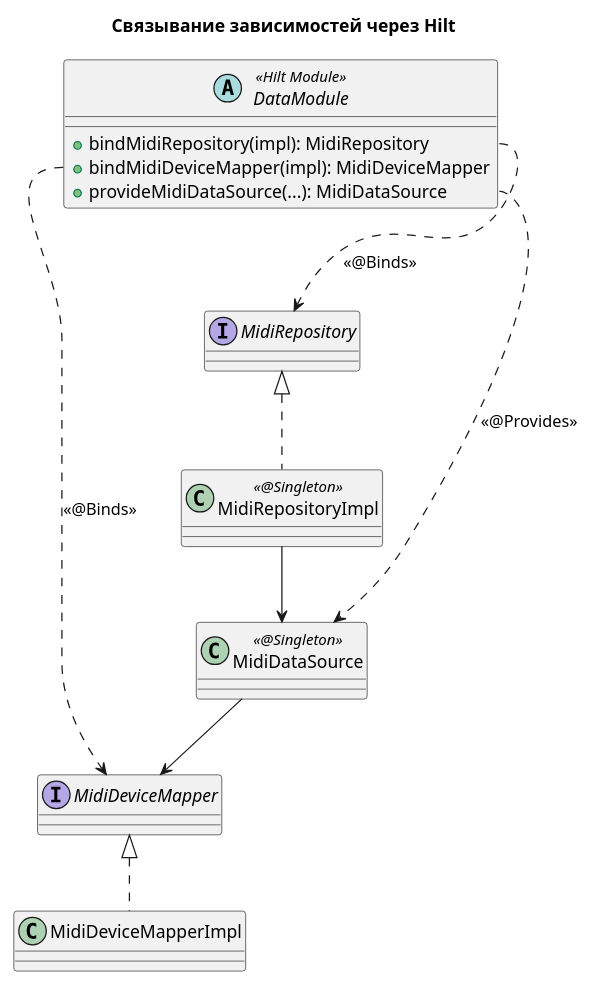
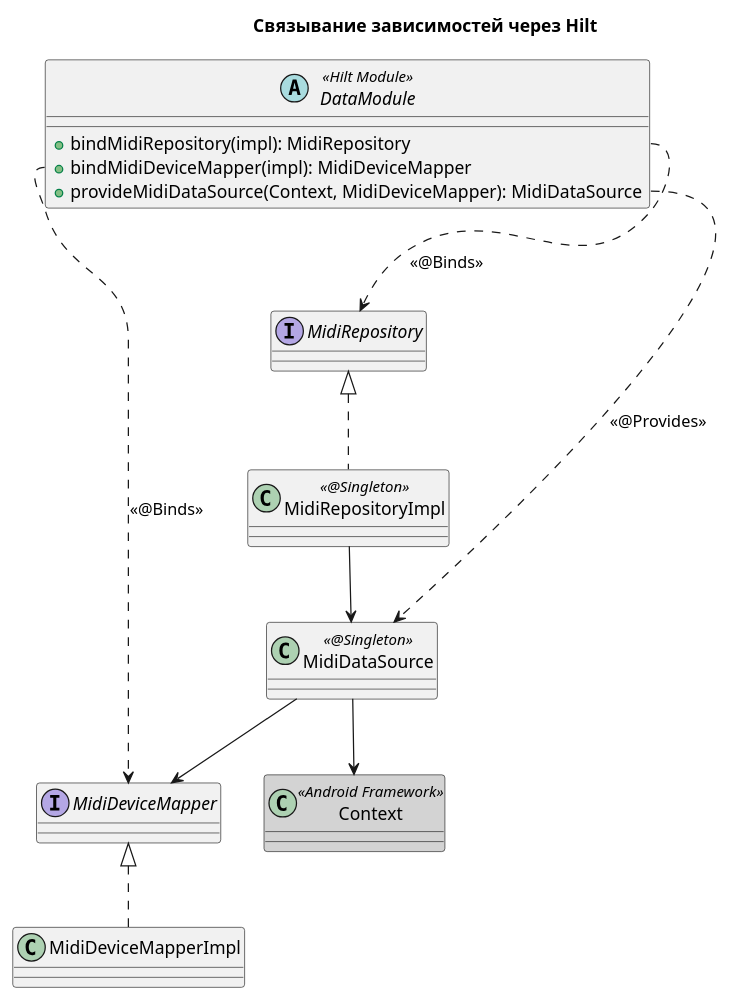
One commit to astrizhachuk/PianoFlow changed the second of 3 diagrams in docs/ts/MIDI_CONNECTION.md. Above: the diagram before and after it, drawn with PlantUML. The commit also changed other lines of this file, not shown here.

Commit message:
docs: обновить диаграммы и описание `MidiDataSource`

````diff
--- a/docs/ts/MIDI_CONNECTION.md
+++ b/docs/ts/MIDI_CONNECTION.md
@@ -135,31 +138,33 @@
 ```plantuml
 @startuml
 title Связывание зависимостей через Hilt
 
+class Context <<Android Framework>> #LightGrey
 interface MidiRepository
 class MidiRepositoryImpl <<@Singleton>>
 interface MidiDeviceMapper
 class MidiDeviceMapperImpl
 class MidiDataSource <<@Singleton>>
 
 abstract class DataModule <<Hilt Module>> {
   +bindMidiRepository(impl): MidiRepository
   +bindMidiDeviceMapper(impl): MidiDeviceMapper
-  +provideMidiDataSource(...): MidiDataSource
+  +provideMidiDataSource(Context, MidiDeviceMapper): MidiDataSource
 }
 
 ' Реализация
 MidiRepositoryImpl .up.|> MidiRepository
 MidiDeviceMapperImpl .up.|> MidiDeviceMapper
 
 ' Ассоциация
 MidiRepositoryImpl --> MidiDataSource
 MidiDataSource --> MidiDeviceMapper
+MidiDataSource --> Context
 
 ' Зависимость
 DataModule::bindMidiRepository ..> MidiRepository : <<@Binds>>
 DataModule::bindMidiDeviceMapper ..> MidiDeviceMapper : <<@Binds>>
 DataModule::provideMidiDataSource ..> MidiDataSource : <<@Provides>>
 
 @enduml
 ```
````
